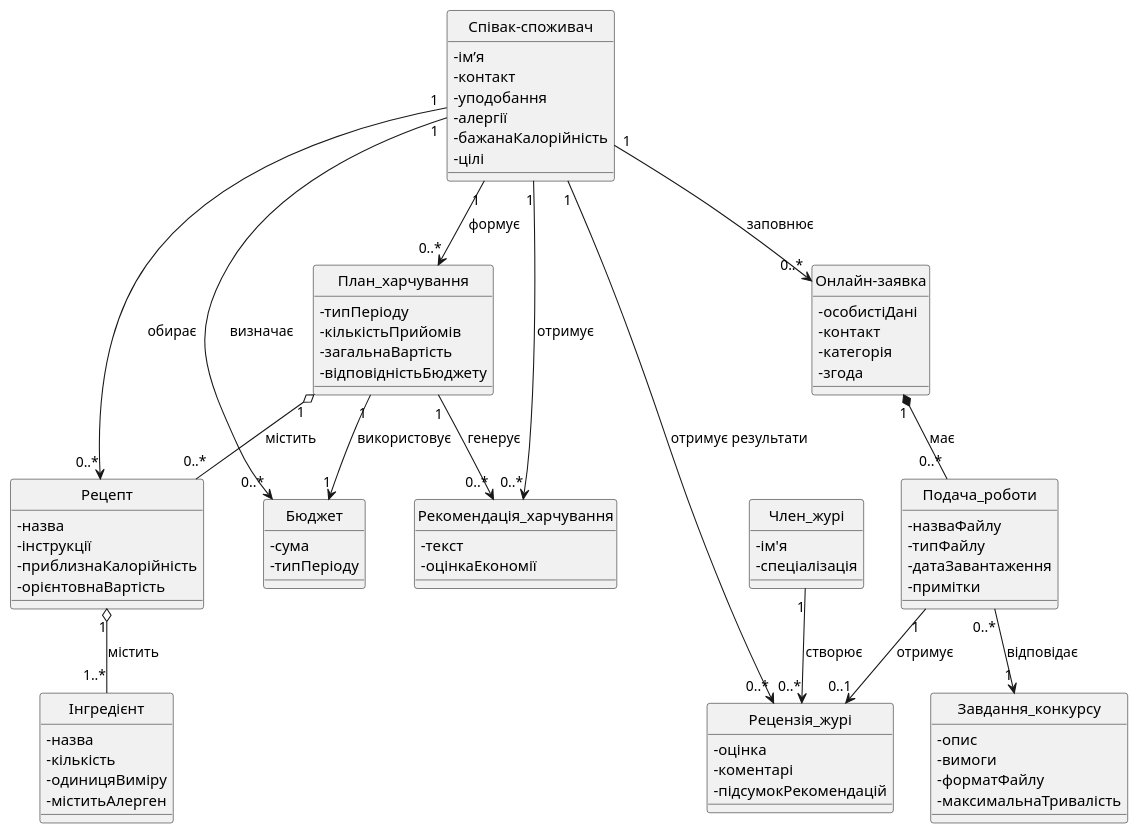
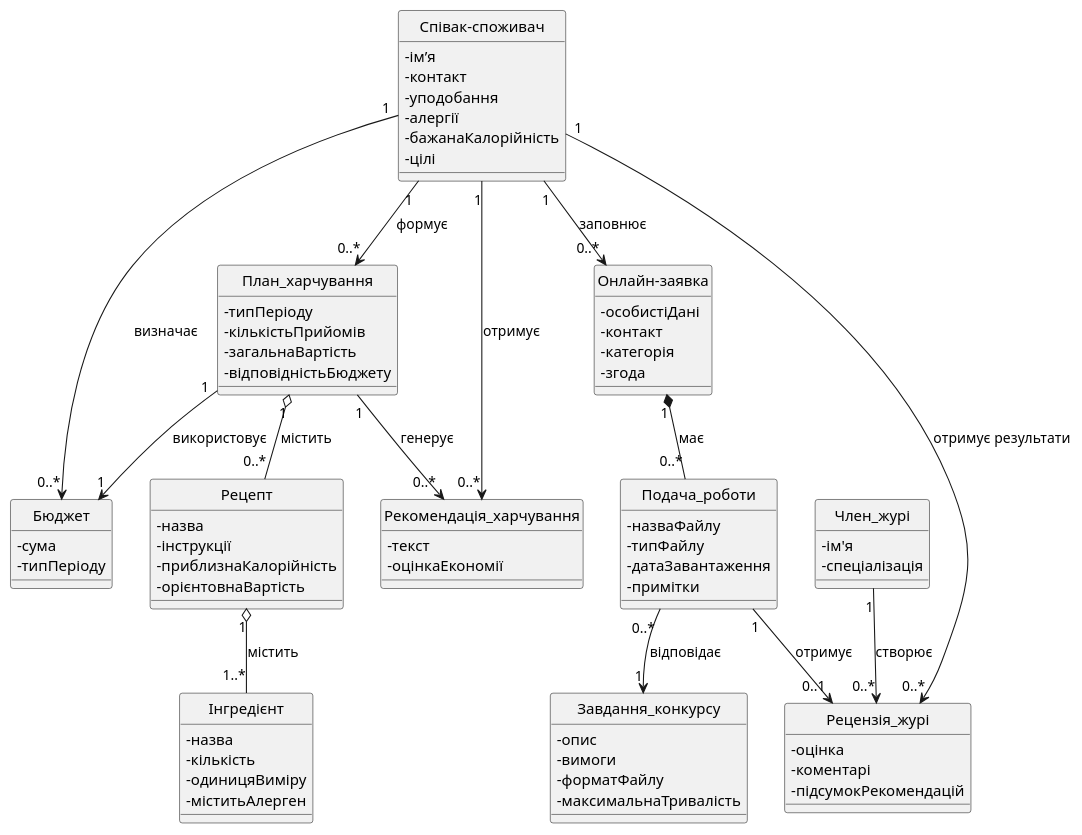
One commit to Liudmyla11/lab3 changed the diagram in ConceptClasses.puml. Above: the diagram before and after it, drawn with PlantUML.

```diff
--- a/ConceptClasses.puml
+++ b/ConceptClasses.puml
@@ -1,93 +1,92 @@
 @startuml
 skinparam classAttributeIconSize 0
 hide circle
 
 class "Співак-споживач" as User {
   - ім’я
   - контакт
   - уподобання
   - алергії
   - бажанаКалорійність
   - цілі
 }
 
 class "План_харчування" as MealPlan {
   - типПеріоду
   - кількістьПрийомів
   - загальнаВартість
   - відповідністьБюджету
 }
 
 class "Рецепт" as Recipe {
   - назва
   - інструкції
   - приблизнаКалорійність
   - орієнтовнаВартість
 }
 
 class "Інгредієнт" as Ingredient {
   - назва
   - кількість
   - одиницяВиміру 
   - міститьАлерген
 }
 
 class "Бюджет" as Budget {
   - сума
   - типПеріоду
 }
 
 class "Рекомендація_харчування" as NutritionRecommendation {
   - текст
   - оцінкаЕкономії
 }
 
 class "Онлайн-заявка" as Application {
   - особистіДані
   - контакт
   - категорія
   - згода
 }
 
 class "Завдання_конкурсу" as ContestTask {
   - опис
   - вимоги
   - форматФайлу
   - максимальнаТривалість
 }
 
 class "Подача_роботи" as Submission {
   - назваФайлу
   - типФайлу
   - датаЗавантаження
   - примітки
 }
 
 class "Член_журі" as JuryMember {
   - ім'я
   - спеціалізація
 }
 
 class "Рецензія_журі" as JuryReview {
   - оцінка
   - коментарі
   - підсумокРекомендацій
 }
 
 User "1" --> "0..*" MealPlan : формує
 MealPlan "1" o-- "0..*" Recipe : містить
 Recipe "1" o-- "1..*" Ingredient : містить
 MealPlan "1" --> "1" Budget : використовує
 User "1" --> "0..*" Budget : визначає
 MealPlan "1" --> "0..*" NutritionRecommendation : генерує
 User "1" --> "0..*" NutritionRecommendation : отримує
 
 User "1" --> "0..*" Application : заповнює
 Application "1" *-- "0..*" Submission : має
 Submission "0..*" --> "1" ContestTask : відповідає
 Submission "1" --> "0..1" JuryReview : отримує
 
-User "1" --> "0..*" Recipe : обирає
 JuryMember "1" --> "0..*" JuryReview : створює
 User "1" --> "0..*" JuryReview : отримує результати
 @enduml
```
